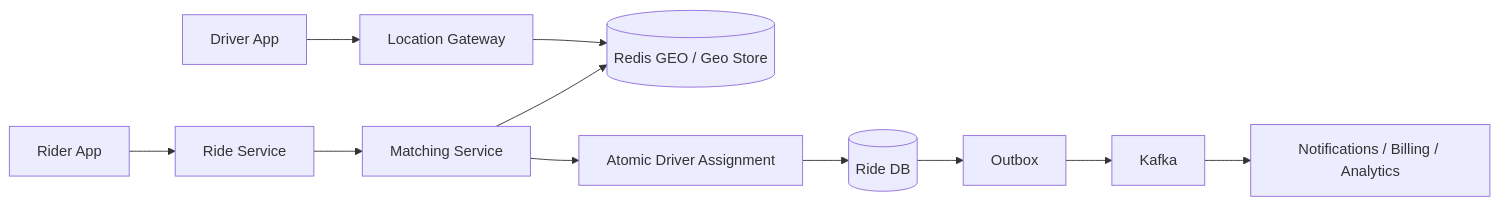
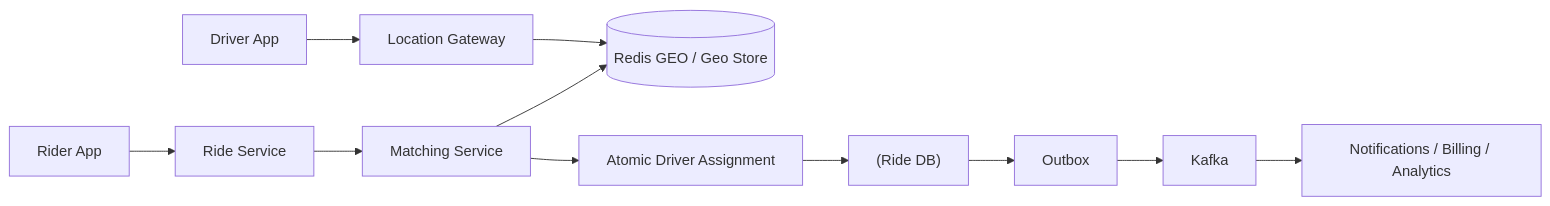
Before and after one commit to pankajThakur1874/studysheet: the first of 3 diagrams in files/System-Design-Questions/12_ride_matching_uber.md, drawn with Mermaid. The commit also changed other lines of this file and 102 other files, not shown here.

Commit message:
Auto-fix Mermaid diagram syntax across all study guides to prevent Syntax Error in Mermaid v10

````diff
--- a/files/System-Design-Questions/12_ride_matching_uber.md
+++ b/files/System-Design-Questions/12_ride_matching_uber.md
@@ -67,13 +67,13 @@
 ```mermaid
 flowchart LR
     DA[Driver App] --> LG[Location Gateway]
-    LG --> GEO[(Redis GEO / Geo Store)]
+    LG --> GEO[("Redis GEO / Geo Store")]
     RA[Rider App] --> RS[Ride Service]
     RS --> MS[Matching Service]
     MS --> GEO
     MS --> AS[Atomic Driver Assignment]
-    AS --> DB[(Ride DB)]
+    AS --> DB["(Ride DB)"]
     DB --> O[Outbox]
     O --> K[Kafka]
-    K --> N[Notifications / Billing / Analytics]
+    K --> N["Notifications / Billing / Analytics"]
 ```
````
